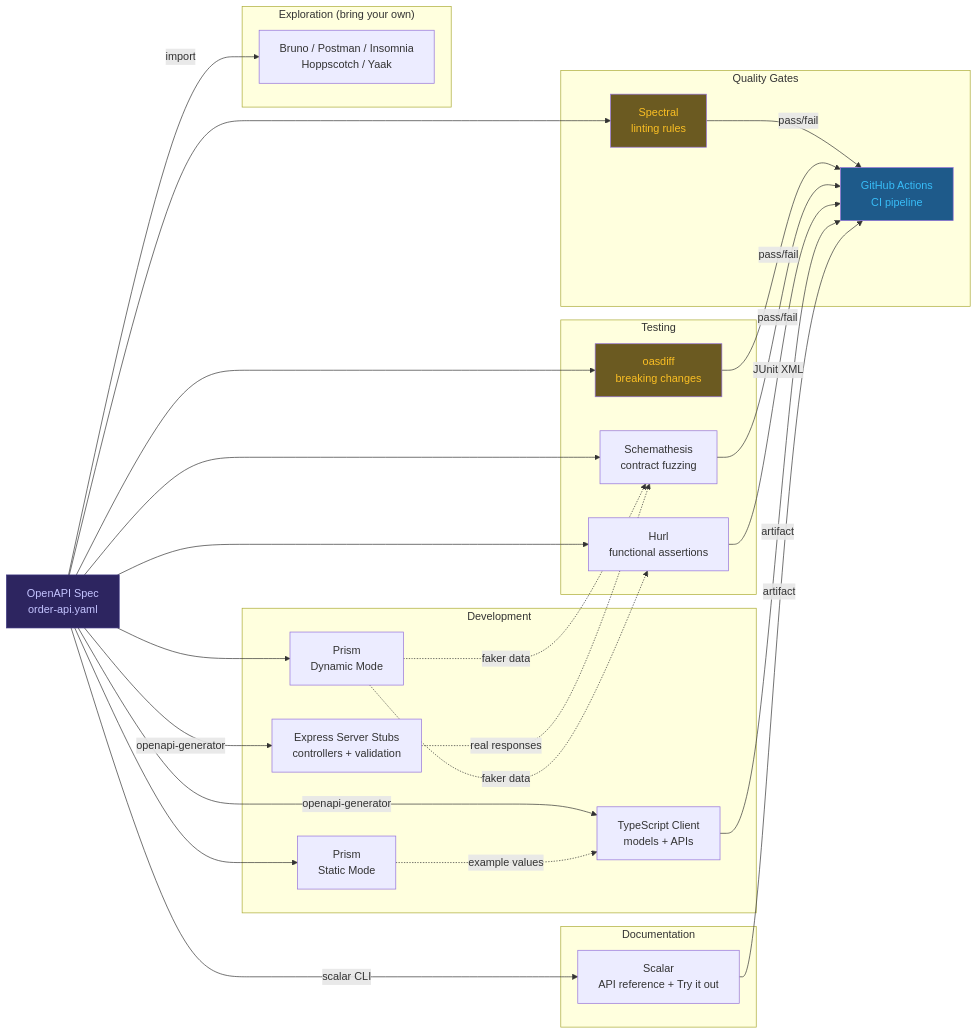
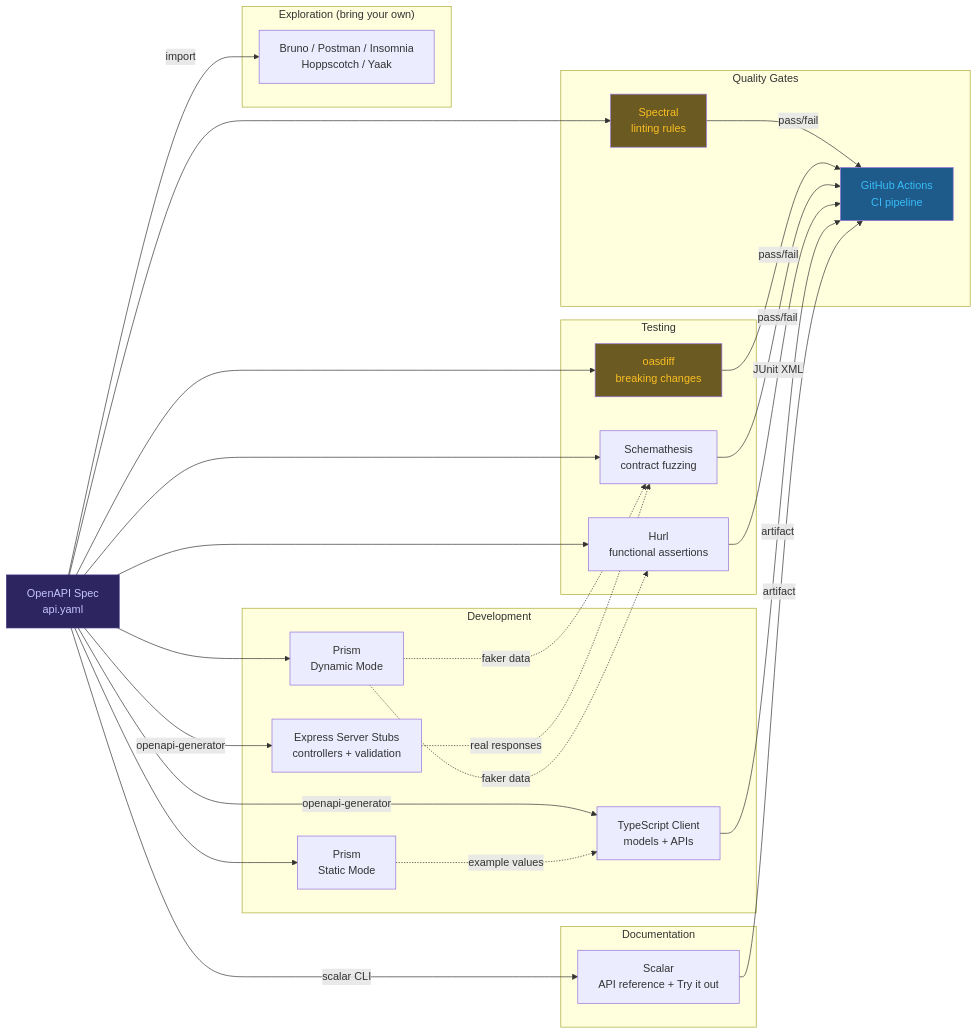
The diagram in docs/diagrams/tool-ecosystem.md (VictorHueni/scaffold-api-contract-first), drawn with Mermaid before and after one commit. The commit also changed 18 other files, not shown here.

First line of the commit message:
refactor: rename order-api.* to api.* for scaffold reusability

````diff
--- a/docs/diagrams/tool-ecosystem.md
+++ b/docs/diagrams/tool-ecosystem.md
@@ -5,58 +5,58 @@
 ```mermaid
 flowchart LR
-    spec["OpenAPI Spec<br/>order-api.yaml"]
+    spec["OpenAPI Spec<br/>api.yaml"]
 
     subgraph dev["Development"]
         prism_s["Prism<br/>Static Mode"]
         prism_d["Prism<br/>Dynamic Mode"]
         ts_client["TypeScript Client<br/>models + APIs"]
         server["Express Server Stubs<br/>controllers + validation"]
     end
 
     subgraph test["Testing"]
         schema["Schemathesis<br/>contract fuzzing"]
         hurl["Hurl<br/>functional assertions"]
         oasdiff["oasdiff<br/>breaking changes"]
     end
 
     subgraph quality["Quality Gates"]
         spectral["Spectral<br/>linting rules"]
         ci["GitHub Actions<br/>CI pipeline"]
     end
 
     subgraph docs["Documentation"]
         scalar["Scalar<br/>API reference + Try it out"]
     end
 
     subgraph explore["Exploration (bring your own)"]
         clients["Bruno / Postman / Insomnia<br/>Hoppscotch / Yaak"]
     end
 
     spec --> prism_s
     spec --> prism_d
     spec -->|openapi-generator| ts_client
     spec -->|openapi-generator| server
     spec --> schema
     spec --> hurl
     spec --> oasdiff
     spec --> spectral
     spec -->|scalar CLI| scalar
     spec -->|import| clients
 
     spectral -->|pass/fail| ci
     oasdiff -->|pass/fail| ci
     schema -->|pass/fail| ci
     hurl -->|JUnit XML| ci
     ts_client -->|artifact| ci
     scalar -->|artifact| ci
 
     prism_s -.->|example values| ts_client
     prism_d -.->|faker data| schema
     prism_d -.->|faker data| hurl
     server -.->|real responses| schema
 
     style spec fill:#2d2560,color:#c4c4ff,stroke:#3d3580
     style ci fill:#1e5a8a,color:#38bdf8
     style spectral fill:#6b5a21,color:#fbbf24
     style oasdiff fill:#6b5a21,color:#fbbf24
 ```
````
